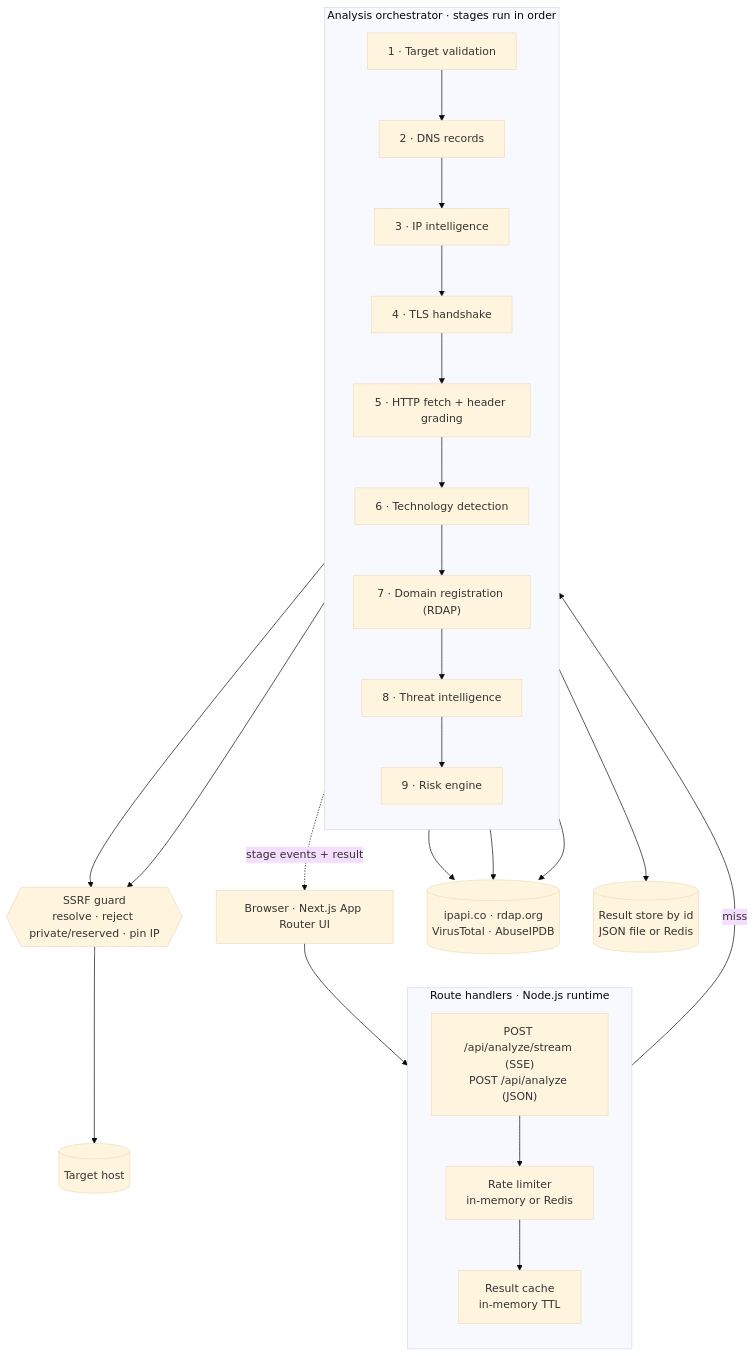
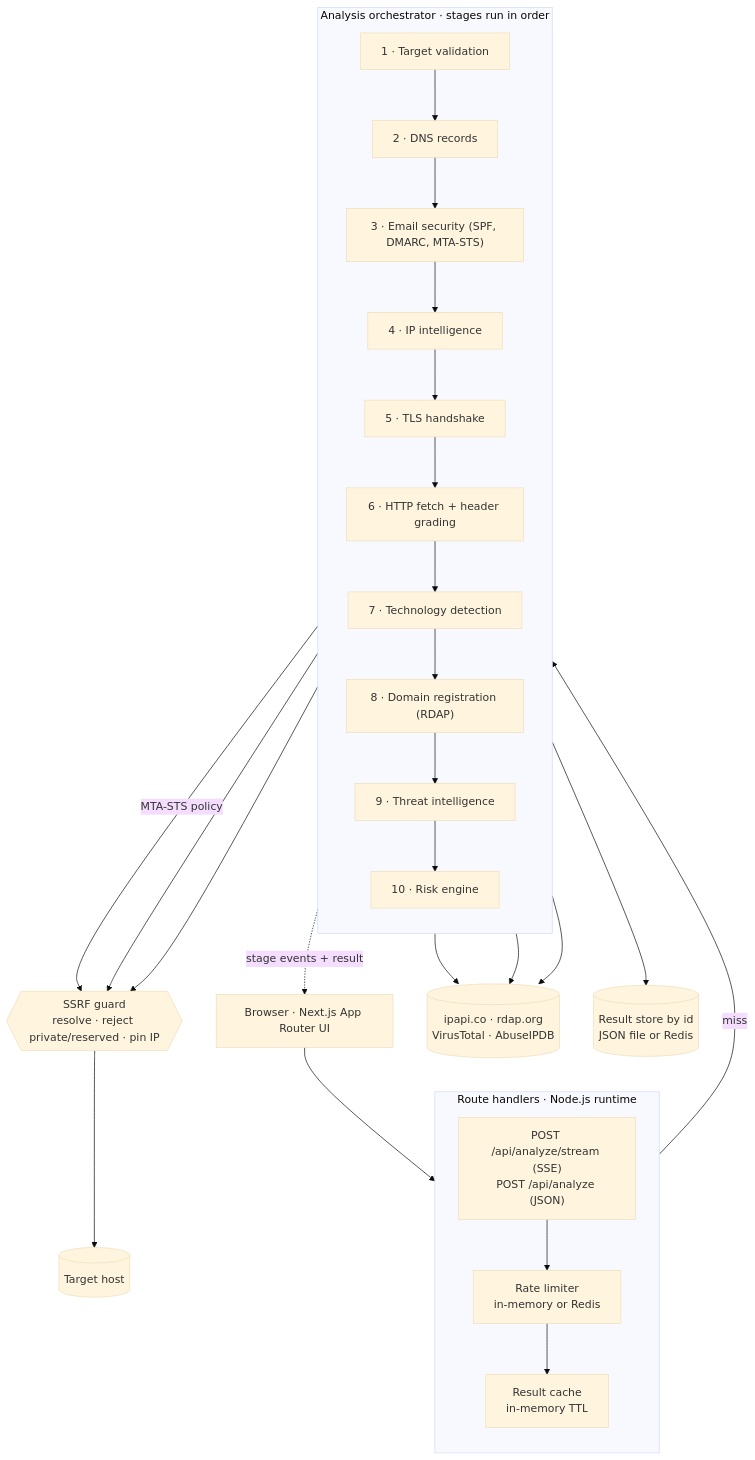
The diagram in README.md (mehmet-yuksell/sentinelscope-security), drawn with Mermaid (base theme) before and after one commit. The commit also changed other lines of this file and 1 other file, not shown here.

First line of the commit message:
docs: document email security analysis and the registered-domain lookup

````diff
--- a/README.md
+++ b/README.md
@@ -80,42 +81,44 @@
 ```mermaid
 flowchart TB
     browser["Browser · Next.js App Router UI"]
 
     subgraph api["Route handlers · Node.js runtime"]
         direction TB
         routes["POST /api/analyze/stream (SSE)<br/>POST /api/analyze (JSON)"]
         limiter["Rate limiter<br/>in-memory or Redis"]
         cache["Result cache<br/>in-memory TTL"]
         routes --> limiter --> cache
     end
 
     subgraph pipeline["Analysis orchestrator · stages run in order"]
         direction TB
         validate["1 · Target validation"]
         dns["2 · DNS records"]
-        ip["3 · IP intelligence"]
-        tls["4 · TLS handshake"]
-        http["5 · HTTP fetch + header grading"]
-        tech["6 · Technology detection"]
-        domain["7 · Domain registration (RDAP)"]
-        ti["8 · Threat intelligence"]
-        risk["9 · Risk engine"]
-        validate --> dns --> ip --> tls --> http --> tech --> domain --> ti --> risk
+        email["3 · Email security (SPF, DMARC, MTA-STS)"]
+        ip["4 · IP intelligence"]
+        tls["5 · TLS handshake"]
+        http["6 · HTTP fetch + header grading"]
+        tech["7 · Technology detection"]
+        domain["8 · Domain registration (RDAP)"]
+        ti["9 · Threat intelligence"]
+        risk["10 · Risk engine"]
+        validate --> dns --> email --> ip --> tls --> http --> tech --> domain --> ti --> risk
     end
 
     guard{{"SSRF guard<br/>resolve · reject private/reserved · pin IP"}}
     target[("Target host")]
     providers[("ipapi.co · rdap.org<br/>VirusTotal · AbuseIPDB")]
     store[("Result store by id<br/>JSON file or Redis")]
 
     browser --> routes
     cache -- miss --> validate
+    email -- MTA-STS policy --> guard
     tls --> guard
     http --> guard
     guard --> target
     ip --> providers
     domain --> providers
     ti --> providers
     risk --> store
     risk -.->|stage events + result| browser
 ```
````
